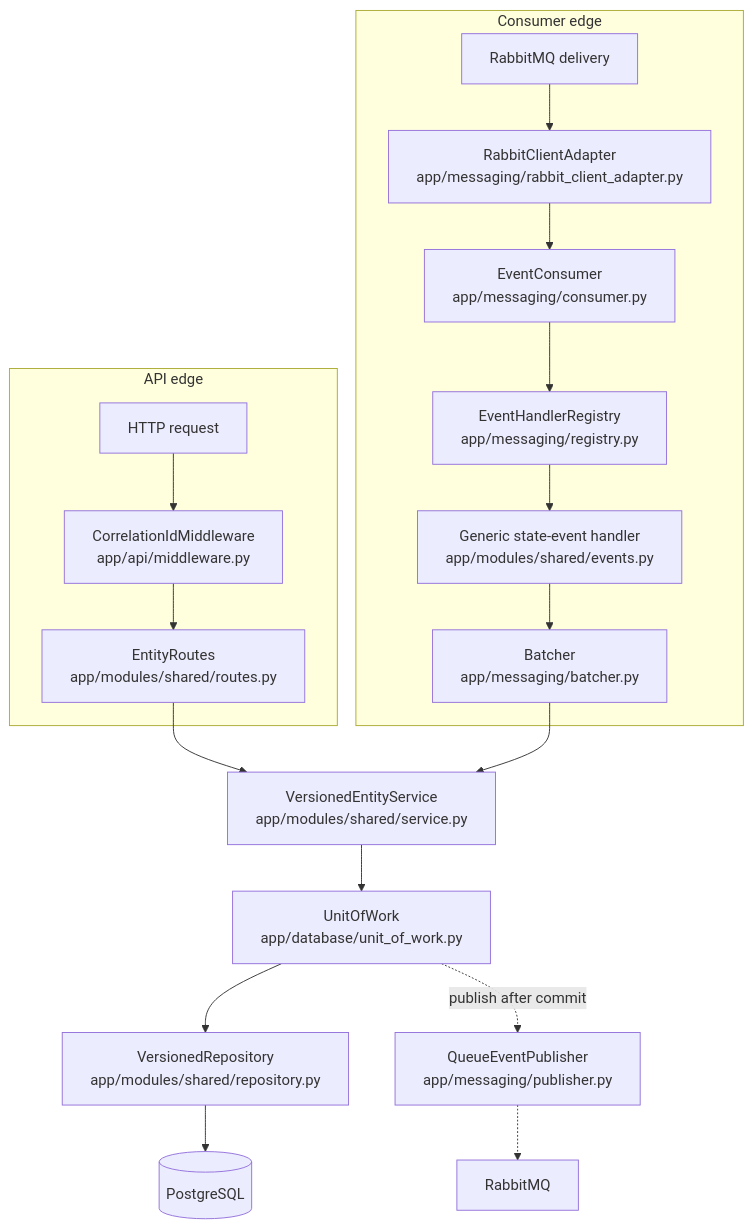
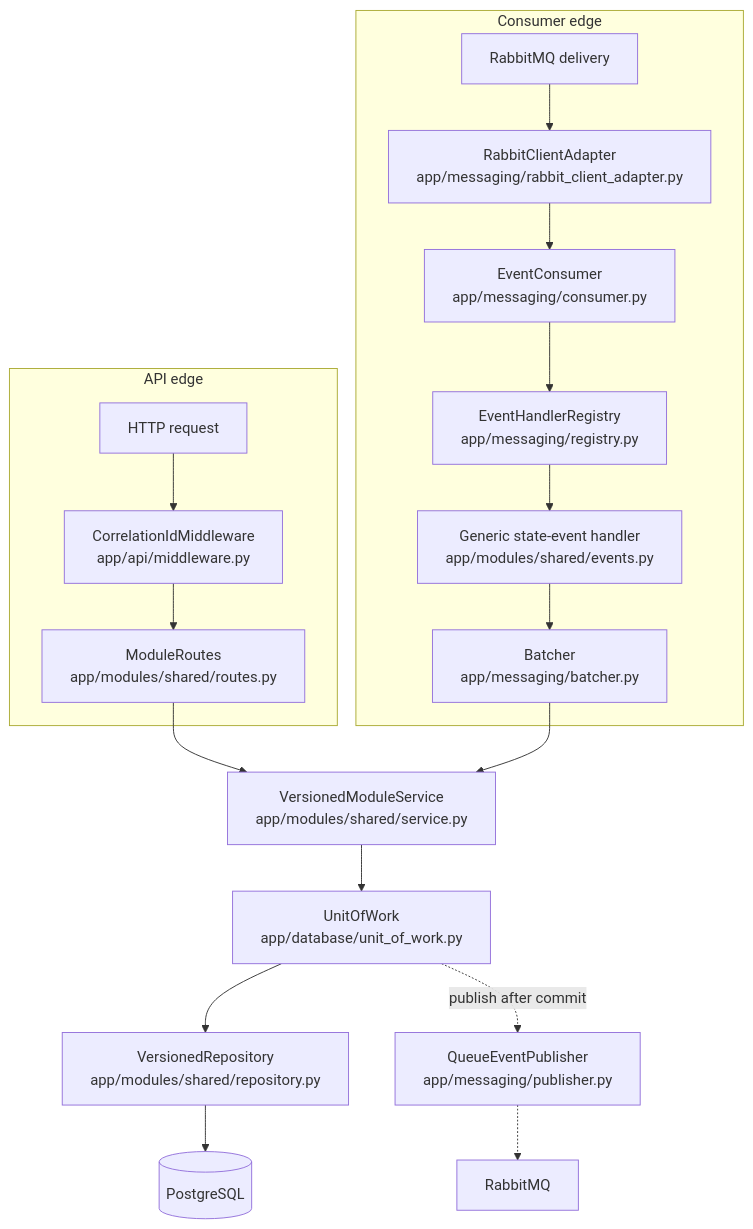
The first of 2 diagrams in shared_data_service/onboarding/03-architecture-tour.md (kafuexe/RabbitSpeedTest), drawn with Mermaid before and after one commit. The commit also changed other lines of this file and 36 other files, not shown here.

First line of the commit message:
refactor(sds): rename 'entity' → 'module' across the codebase

````diff
--- a/shared_data_service/onboarding/03-architecture-tour.md
+++ b/shared_data_service/onboarding/03-architecture-tour.md
@@ -14,21 +14,21 @@
 ```mermaid
 flowchart TB
     subgraph API edge
         H[HTTP request] --> M[CorrelationIdMiddleware<br/>app/api/middleware.py]
-        M --> R[EntityRoutes<br/>app/modules/shared/routes.py]
+        M --> R[ModuleRoutes<br/>app/modules/shared/routes.py]
     end
     subgraph Consumer edge
         Q[RabbitMQ delivery] --> S[RabbitClientAdapter<br/>app/messaging/rabbit_client_adapter.py]
         S --> C[EventConsumer<br/>app/messaging/consumer.py]
         C --> G[EventHandlerRegistry<br/>app/messaging/registry.py]
         G --> E[Generic state-event handler<br/>app/modules/shared/events.py]
         E --> B2[Batcher<br/>app/messaging/batcher.py]
     end
-    R --> BUS[VersionedEntityService<br/>app/modules/shared/service.py]
+    R --> BUS[VersionedModuleService<br/>app/modules/shared/service.py]
     B2 --> BUS
     BUS --> U[UnitOfWork<br/>app/database/unit_of_work.py]
     U --> RP[VersionedRepository<br/>app/modules/shared/repository.py]
     RP --> PG[(PostgreSQL)]
     U -.publish after commit.-> P[QueueEventPublisher<br/>app/messaging/publisher.py]
     P -.-> Q2[RabbitMQ]
 ```
````
